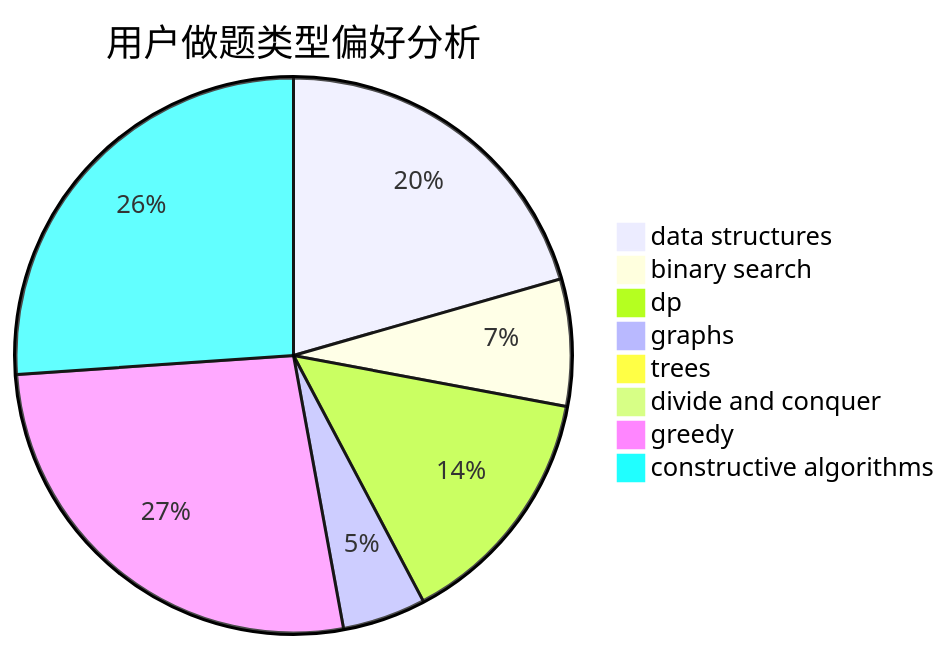
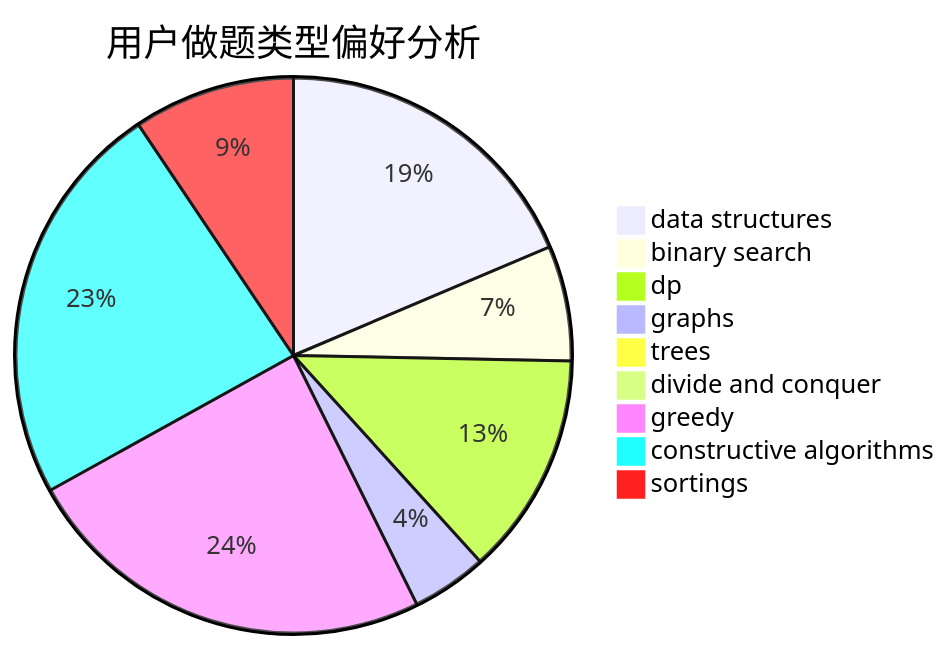
One commit to sherpahu/cfrs.github.io changed the second of 3 diagrams in docs/user/u872.md. Above: the diagram before and after it, drawn with Mermaid. The commit also changed other lines of this file and 2769 other files, not shown here.

````diff
--- a/docs/user/u872.md
+++ b/docs/user/u872.md
@@ -23,11 +18,12 @@
 ```mermaid
 pie title 用户做题类型偏好分析
     "data structures" :  89
     "binary search" :  32
     "dp" :  62
     "graphs" :  21
     "trees" :  3
     "divide and conquer" :  0
     "greedy" :  116
     "constructive algorithms" :  113
+    "sortings" :  45
 ```
````
